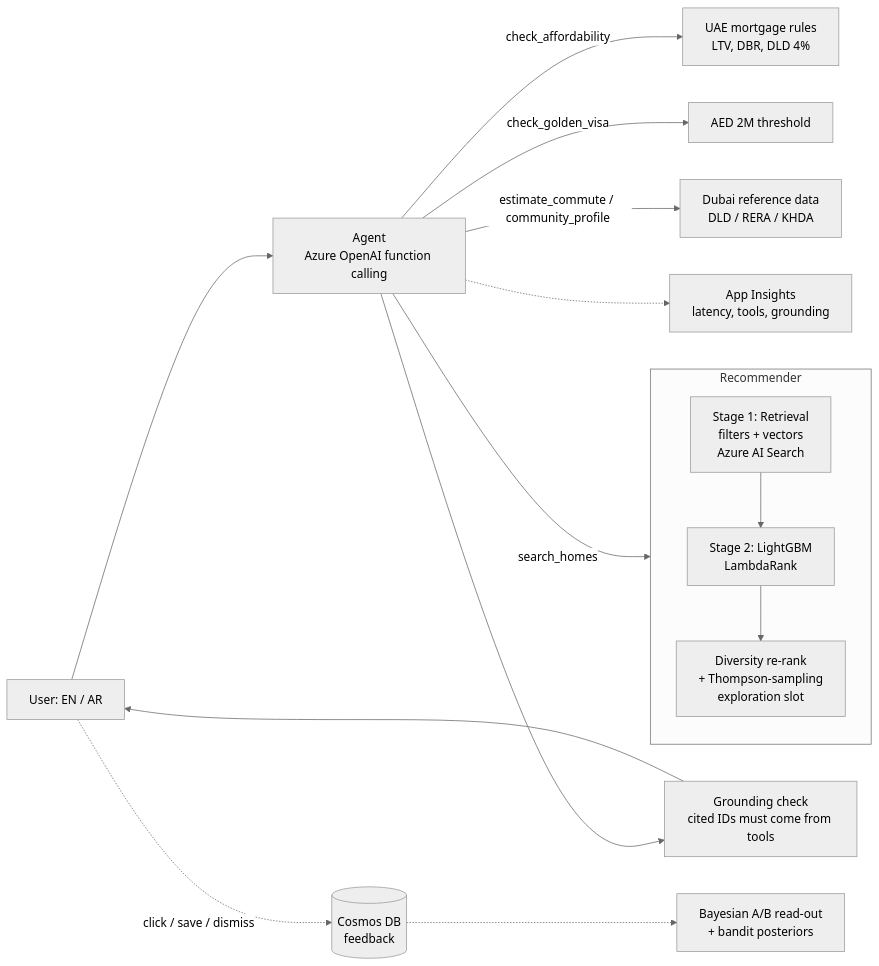
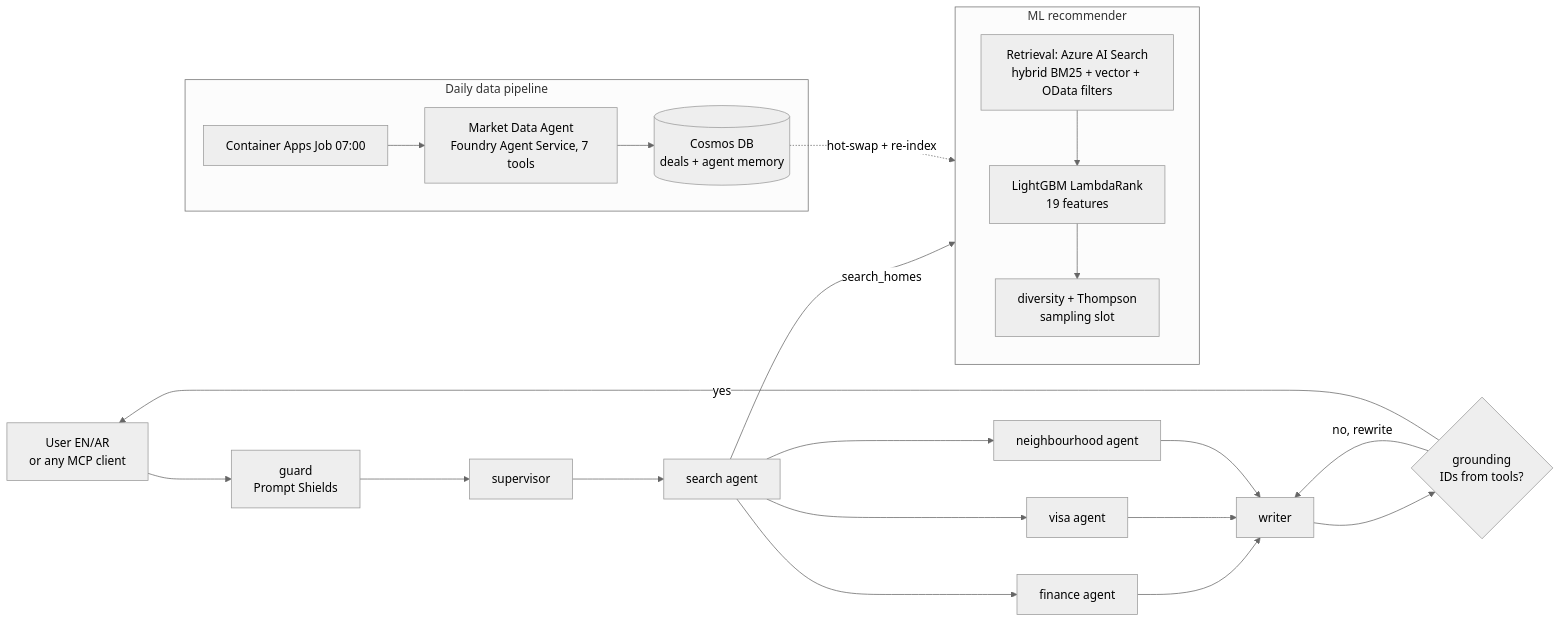
Before and after one commit to athira31-ally/Baytak-AI: the first of 2 diagrams in README.md, drawn with Mermaid (neutral theme). The commit also changed other lines of this file and 30 other files, not shown here.

Commit message:
LangGraph multi-agent, evals, Prompt Shields, MCP server, open-source LLM, Azure AI Search

````diff
--- a/README.md
+++ b/README.md
@@ -14,17 +23,21 @@
 ```mermaid
 flowchart LR
-    U[User: EN / AR] --> A[Agent<br/>Azure OpenAI function calling]
-    A -->|search_homes| R
-    A -->|check_affordability| F[UAE mortgage rules<br/>LTV, DBR, DLD 4%]
-    A -->|check_golden_visa| G[AED 2M threshold]
-    A -->|estimate_commute / community_profile| D[Dubai reference data<br/>DLD / RERA / KHDA]
-    subgraph R[Recommender]
-      R1[Stage 1: Retrieval<br/>filters + vectors<br/>Azure AI Search] --> R2[Stage 2: LightGBM<br/>LambdaRank]
-      R2 --> R3[Diversity re-rank<br/>+ Thompson-sampling<br/>exploration slot]
+    U[User EN/AR<br/>or any MCP client] --> GU[guard<br/>Prompt Shields]
+    GU --> SV[supervisor]
+    SV --> SE[search agent]
+    SE -->|search_homes| R
+    SE --> FI[finance agent]
+    SE --> VI[visa agent]
+    SE --> NB[neighbourhood agent]
+    FI & VI & NB --> WR[writer] --> GR{grounding<br/>IDs from tools?}
+    GR -- no, rewrite --> WR
+    GR -- yes --> U
+    subgraph R[ML recommender]
+      R1[Retrieval: Azure AI Search<br/>hybrid BM25 + vector + OData filters] --> R2[LightGBM LambdaRank<br/>19 features] --> R3[diversity + Thompson<br/>sampling slot]
     end
-    A --> V[Grounding check<br/>cited IDs must come from tools]
-    V --> U
-    U -. click / save / dismiss .-> C[(Cosmos DB<br/>feedback)]
-    C -.-> AB[Bayesian A/B read-out<br/>+ bandit posteriors]
-    A -.-> M[App Insights<br/>latency, tools, grounding]
+    subgraph D[Daily data pipeline]
+      J[Container Apps Job 07:00] --> FA[Market Data Agent<br/>Foundry Agent Service, 7 tools]
+      FA --> C[(Cosmos DB<br/>deals + agent memory)]
+    end
+    C -. hot-swap + re-index .-> R
 ```
````
